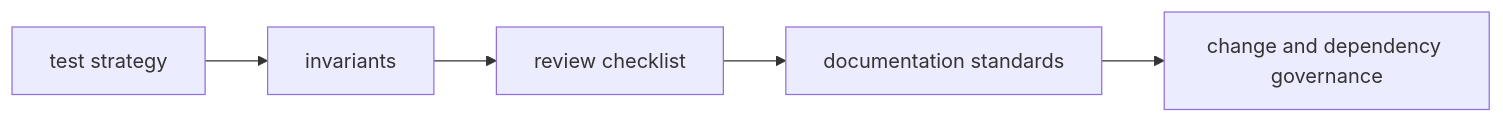
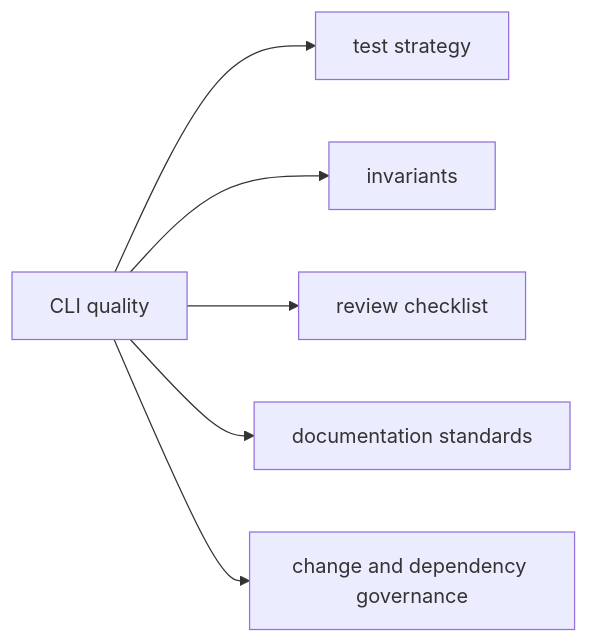
The diagram in docs/bijux-cli/quality/index.md (bijux/bijux-cli), drawn with Mermaid before and after one commit. The commit also changed other lines of this file, not shown here.

Commit message:
docs(cli-quality): simplify the proof entry page

````diff
--- a/docs/bijux-cli/quality/index.md
+++ b/docs/bijux-cli/quality/index.md
@@ -17,7 +17,8 @@
 ```mermaid
 flowchart LR
-    strategy["test strategy"] --> invariants["invariants"]
-    invariants --> review["review checklist"]
-    review --> docs["documentation standards"]
-    docs --> governance["change and dependency governance"]
+    quality["CLI quality"] --> strategy["test strategy"]
+    quality --> invariants["invariants"]
+    quality --> review["review checklist"]
+    quality --> docs["documentation standards"]
+    quality --> governance["change and dependency governance"]
 ```
````
